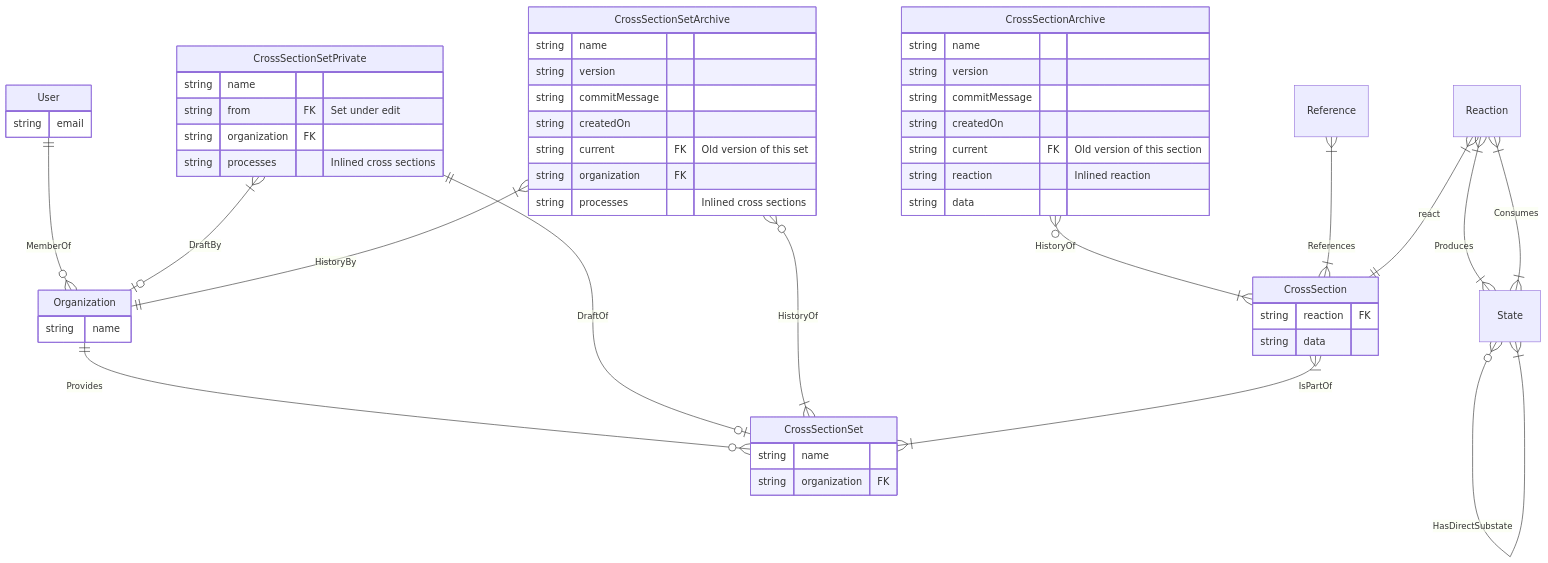
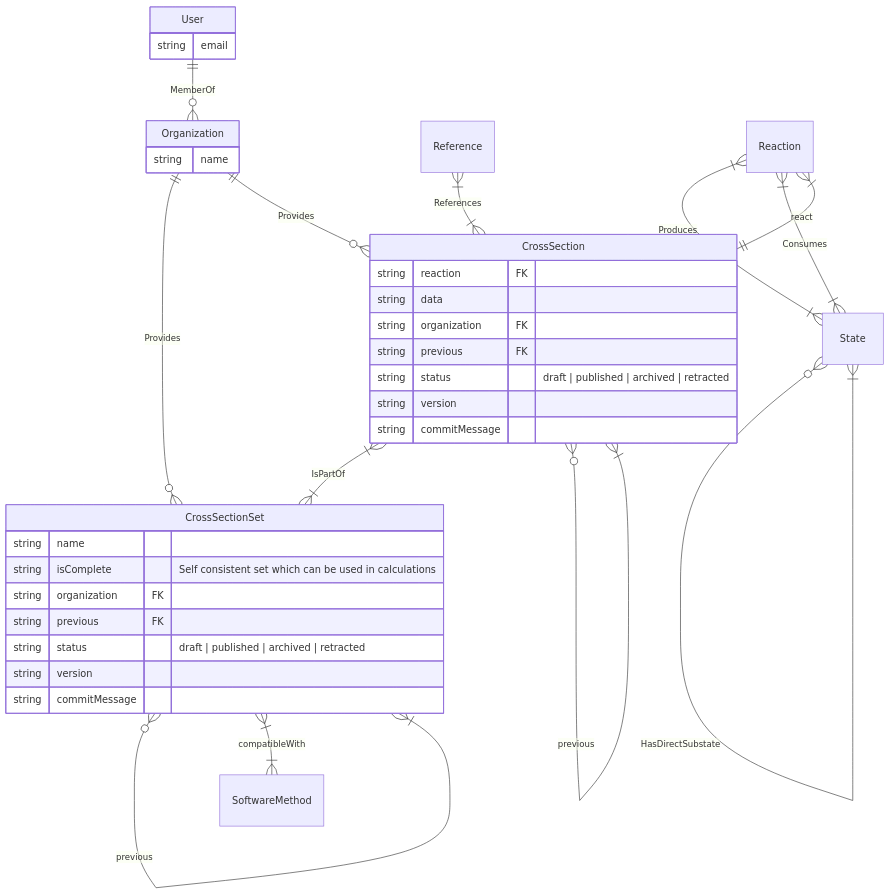
Before and after one commit to LXCat-project/LXCat: the diagram in database/seeds/with-owners-and-versions/schema.md, drawn with Mermaid.

Commit message:
Switch to single table with draft/published/archived versions

````diff
--- a/database/seeds/with-owners-and-versions/schema.md
+++ b/database/seeds/with-owners-and-versions/schema.md
@@ -3,54 +3,39 @@
 ```mermaid
 erDiagram
     User {
         string email
     }
     Organization {
         string name
     }
     CrossSectionSet {
         string name
+        string isComplete "Self consistent set which can be used in calculations"
         string organization FK
-    }
-    CrossSectionSetPrivate {
-        string name
-        string from FK "Set under edit"
-        string organization FK
-        string processes "Inlined cross sections"
-    }
-    CrossSectionSetArchive {
-        string name
+        string previous FK ""
+        string status "draft | published | archived | retracted"
         string version
-        string commitMessage
-        string createdOn
-        string current FK "Old version of this set"
-        string organization FK
-        string processes "Inlined cross sections"
-    }
-    CrossSectionArchive {
-        string name
-        string version
-        string commitMessage
-        string createdOn
-        string current FK "Old version of this section"
-        string reaction "Inlined reaction"
-        string data
+        string commitMessage  
     }
     CrossSection {
         string reaction FK
         string data
+        string organization FK
+        string previous FK ""
+        string status "draft | published | archived | retracted"
+        string version
+        string commitMessage
     }
     User ||--o{ Organization: MemberOf
     Organization ||--o{ CrossSectionSet: Provides
-    CrossSectionSetPrivate }|--o| Organization : DraftBy
-    CrossSectionSetPrivate ||--o| CrossSectionSet : DraftOf
-    CrossSectionSetArchive }o--|{ CrossSectionSet : HistoryOf
-    CrossSectionSetArchive }|--|| Organization : HistoryBy
-    CrossSectionArchive }o--|{ CrossSection: HistoryOf
+    CrossSectionSet }o--|{ CrossSectionSet: previous
     CrossSection }|--|{ CrossSectionSet: IsPartOf
+    Organization ||--o{ CrossSection: Provides
+    CrossSection }o--|{ CrossSection: previous
     Reference }|--|{ CrossSection: References
     Reaction }|--|{ State: Produces
     Reaction }|--|{ State: Consumes
     State }o--|{ State: HasDirectSubstate
     Reaction }|--|| CrossSection: react
+    CrossSectionSet }|--|{ SoftwareMethod: compatibleWith
 ```
````
